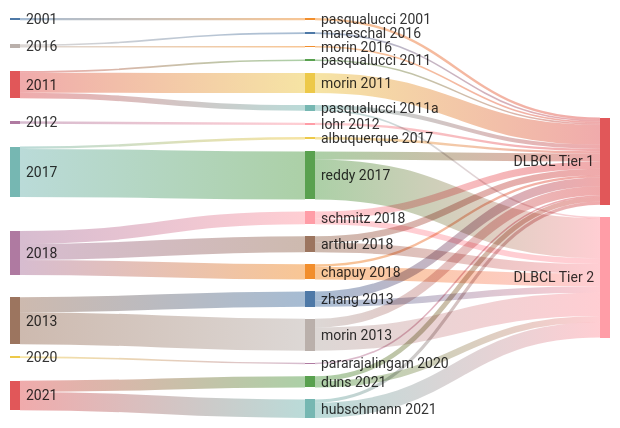
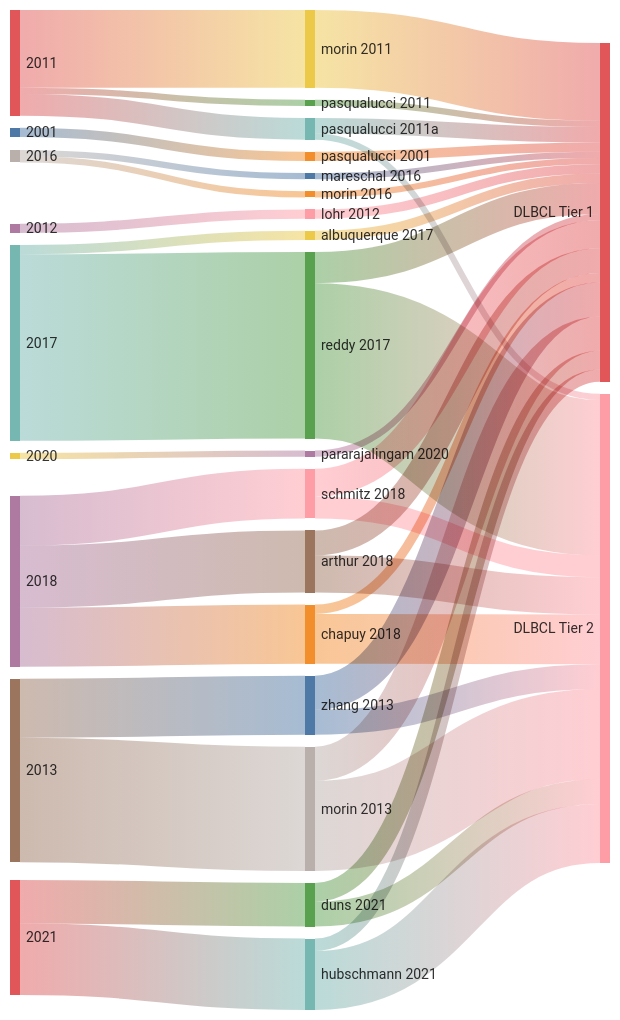
The diagram in DLBCL_sankey.md (morinlab/lymphopedia), drawn with Mermaid before and after one commit.

Commit message:
Updated DLBCL_sankey (markdown)

````diff
--- a/DLBCL_sankey.md
+++ b/DLBCL_sankey.md
@@ -1,59 +1,60 @@
 ```mermaid
 ---
 config:
   sankey:
     showValues: false
+    height: 1000
 ---
 sankey-beta
 2001, pasqualucci 2001, 3
 pasqualucci 2001,DLBCL Tier 1, 3
 2017, reddy 2017, 60
 2017, albuquerque 2017, 3
 2018, schmitz 2018, 16
 2018, arthur 2018, 20
 2016, mareschal 2016, 2
 2016, morin 2016, 2
 2011, pasqualucci 2011a,7
 2011, pasqualucci 2011,2 
 2011, morin 2011, 25
 2012, lohr 2012, 3
 2013, morin 2013, 40
 2013, zhang 2013, 19
 2018, chapuy 2018, 19
 2021, hubschmann 2021, 23
 2021, duns 2021, 14
 
 2020, pararajalingam 2020, 2
 
 pararajalingam 2020,DLBCL Tier 1, 2
 morin 2011,DLBCL Tier 1, 25
 lohr 2012,DLBCL Tier 1, 3
 duns 2021,DLBCL Tier 2, 8
 duns 2021,DLBCL Tier 1, 6
 pasqualucci 2011a,DLBCL Tier 1, 5
 pasqualucci 2011a,DLBCL Tier 2, 2
 pasqualucci 2011,DLBCL Tier 1, 2
 hubschmann 2021,DLBCL Tier 1, 4
 hubschmann 2021,DLBCL Tier 2, 19
 reddy 2017,DLBCL Tier 1, 10
 reddy 2017,DLBCL Tier 2, 50
 chapuy 2018,DLBCL Tier 2, 16
 chapuy 2018,DLBCL Tier 1, 3
 morin 2016,DLBCL Tier 1, 2
 morin 2013,DLBCL Tier 2, 29
 morin 2013,DLBCL Tier 1, 11
 zhang 2013,DLBCL Tier 1, 11
 zhang 2013,DLBCL Tier 2, 8
 mareschal 2016,DLBCL Tier 1, 2
 albuquerque 2017,DLBCL Tier 1, 3
 arthur 2018,DLBCL Tier 2, 12
 arthur 2018,DLBCL Tier 1, 8
 schmitz 2018,DLBCL Tier 2, 7
 schmitz 2018,DLBCL Tier 1, 9
 
 
 
 
 
 
 ```
````
